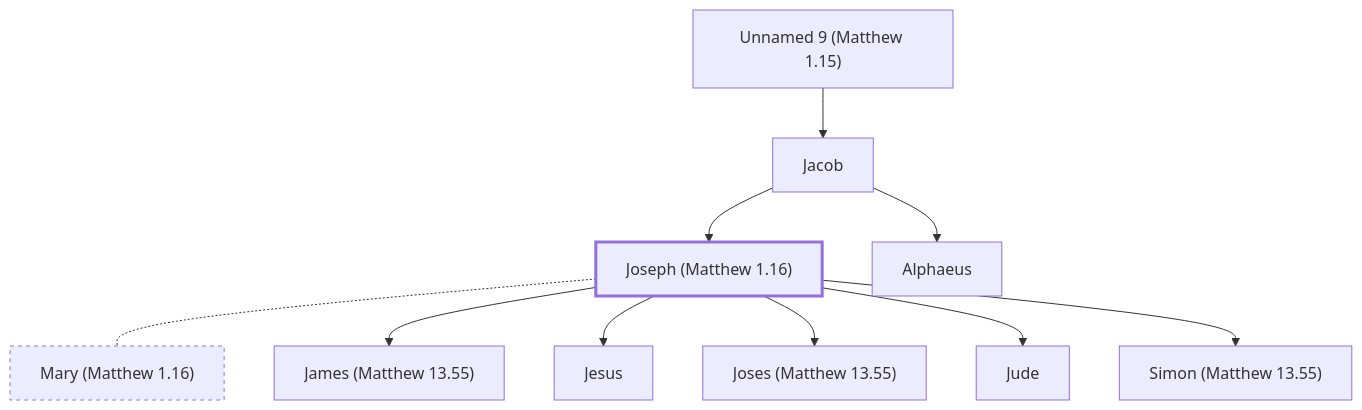
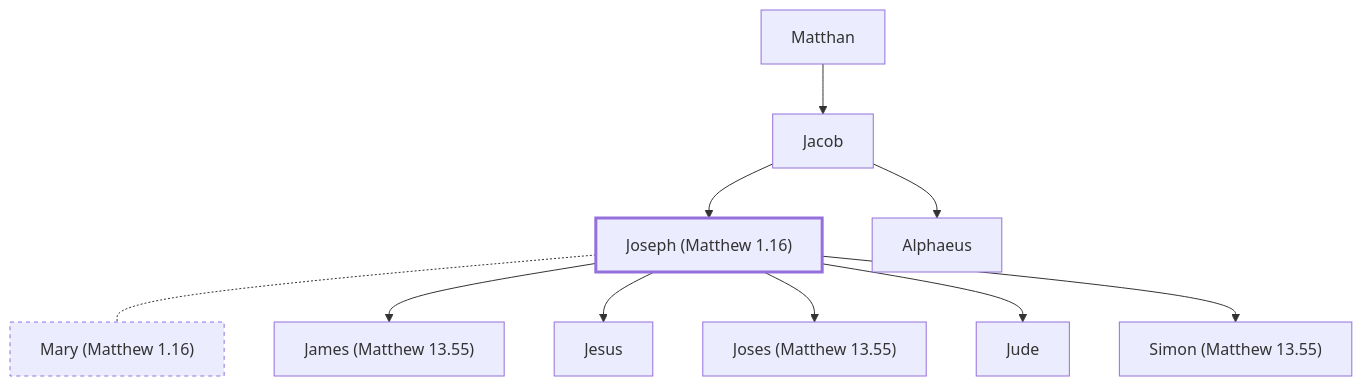
One commit to jeffdehut/Bible changed the diagram in connections/people/Joseph (Matthew 1.16).md. Above: the diagram before and after it, drawn with Mermaid. The commit also changed other lines of this file and 50 other files, not shown here.

````diff
--- a/connections/people/Joseph (Matthew 1.16).md
+++ b/connections/people/Joseph (Matthew 1.16).md
@@ -39,24 +39,24 @@
 ```mermaid
 flowchart TB
   n0["Joseph (Matthew 1.16)"]:::me
-  n1["Unnamed 9 (Matthew 1.15)"]
+  n1["Matthan"]
   n2["Jacob"]
   n1 --> n2
   n2 --> n0
   n3["Alphaeus"]
   n2 --> n3
   n4["Mary (Matthew 1.16)"]:::spouse
   n0 -.- n4
   n5["James (Matthew 13.55)"]
   n0 --> n5
   n6["Jesus"]
   n0 --> n6
   n7["Joses (Matthew 13.55)"]
   n0 --> n7
   n8["Jude"]
   n0 --> n8
   n9["Simon (Matthew 13.55)"]
   n0 --> n9
   classDef me stroke-width:3px
   classDef spouse stroke-dasharray:4
 ```
````
